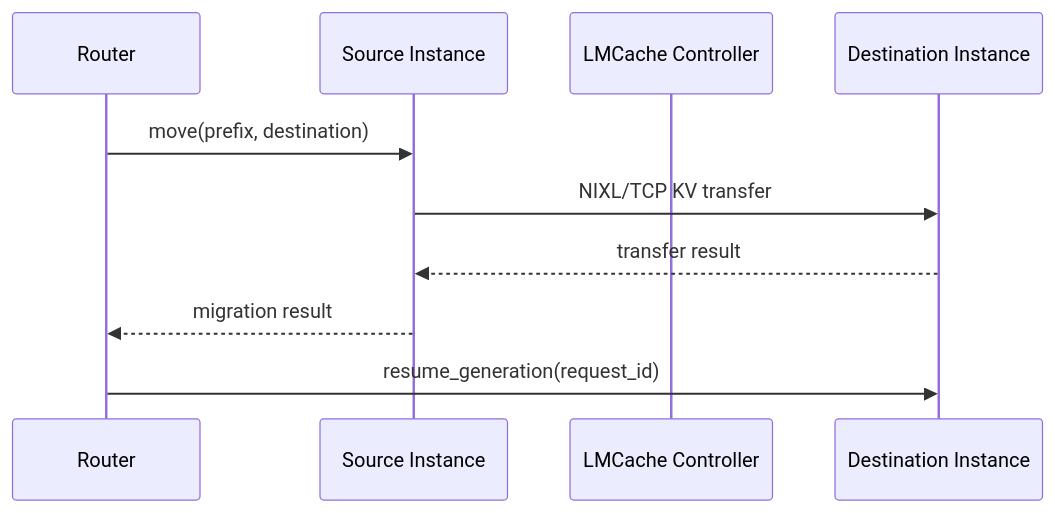
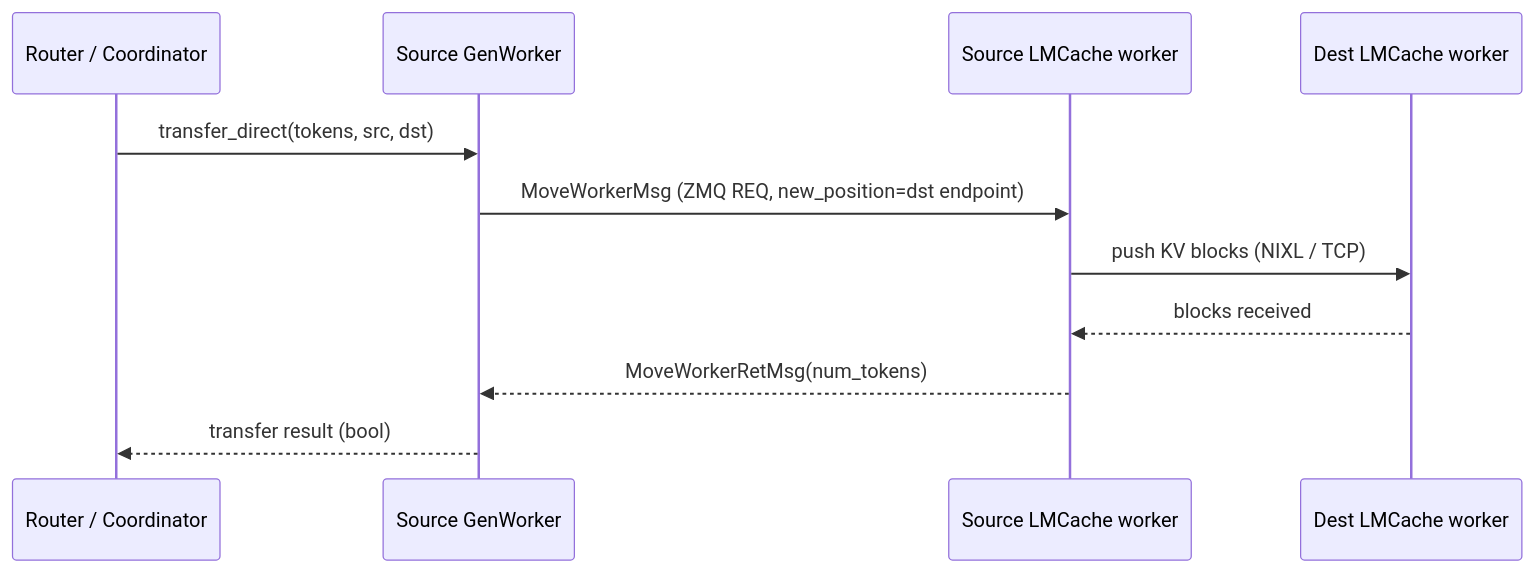
One commit to Somoku/psrl changed the second of 2 diagrams in docs/design/kv_cache.md. Above: the diagram before and after it, drawn with Mermaid. The commit also changed other lines of this file and 32 other files, not shown here.

````diff
--- a/docs/design/kv_cache.md
+++ b/docs/design/kv_cache.md
@@ -118,13 +134,14 @@
 ```{mermaid}
 sequenceDiagram
-    participant Router
-    participant Src as Source Instance
-    participant Ctrl as LMCache Controller
-    participant Dst as Destination Instance
+    participant RC as Router / Coordinator
+    participant Src as Source GenWorker
+    participant SrcW as Source LMCache worker
+    participant Dst as Dest LMCache worker
 
-    Router->>Src: move(prefix, destination)
-    Src->>Dst: NIXL/TCP KV transfer
-    Dst-->>Src: transfer result
-    Src-->>Router: migration result
-    Router->>Dst: resume_generation(request_id)
+    RC->>Src: transfer_direct(tokens, src, dst)
+    Src->>SrcW: MoveWorkerMsg (ZMQ REQ, new_position=dst endpoint)
+    SrcW->>Dst: push KV blocks (NIXL / TCP)
+    Dst-->>SrcW: blocks received
+    SrcW-->>Src: MoveWorkerRetMsg(num_tokens)
+    Src-->>RC: transfer result (bool)
 ```
````
